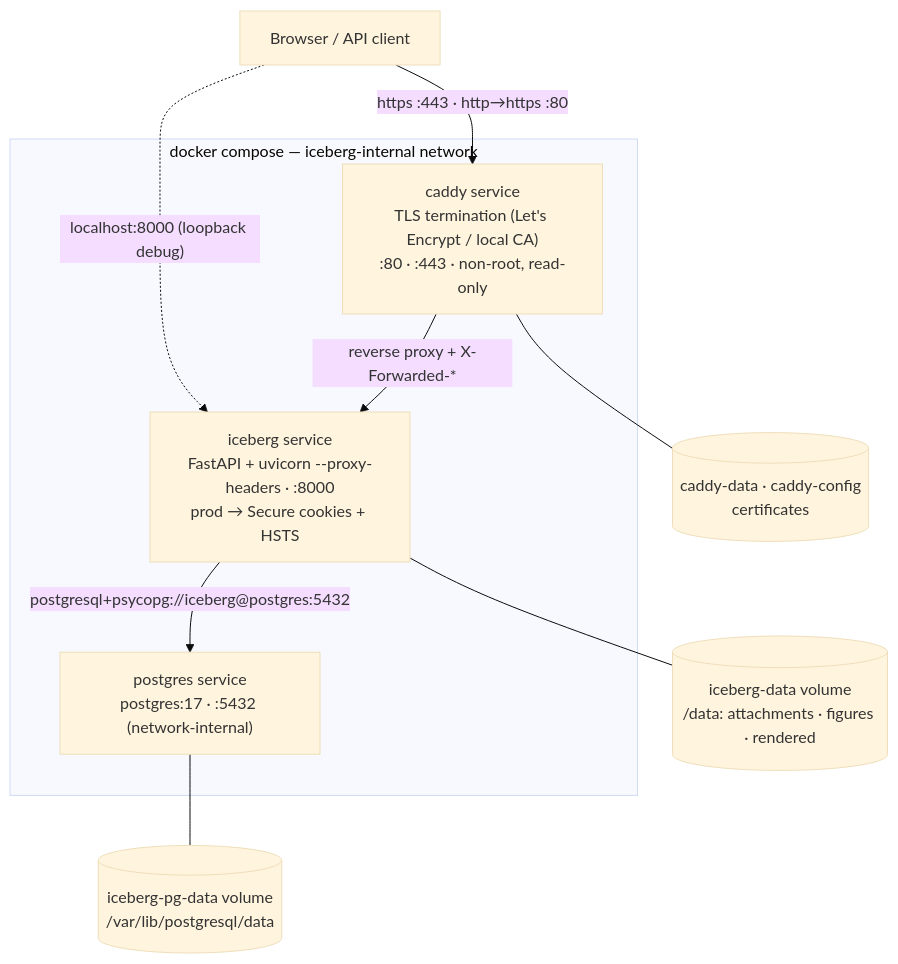
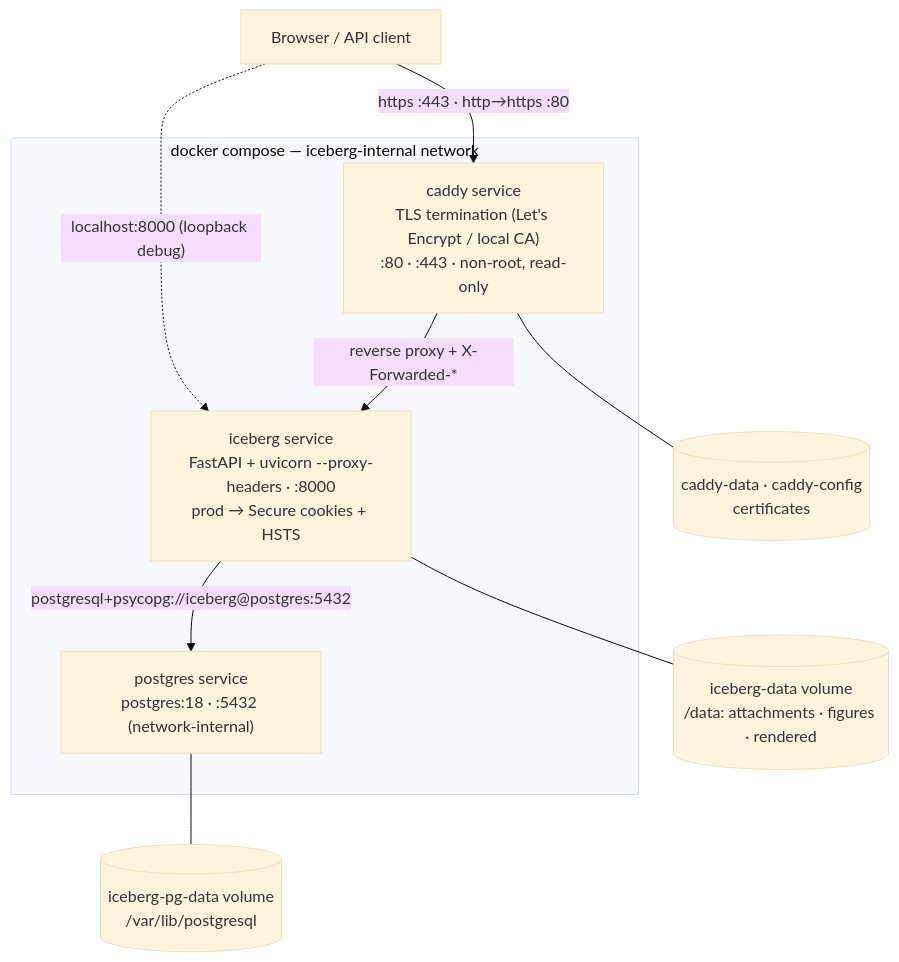
Before and after one commit to IcebergAI/IcebergCTI: the third of 4 diagrams in README.md, drawn with Mermaid (base theme). The commit also changed 6 other files, not shown here.

````diff
--- a/README.md
+++ b/README.md
@@ -697,17 +697,17 @@
 ```mermaid
 flowchart TB
   Client["Browser / API client"] -->|"https :443 · http→https :80"| Caddy
   Client -.->|"localhost:8000 (loopback debug)"| App
 
   subgraph net["docker compose — iceberg-internal network"]
     Caddy["caddy service<br/>TLS termination (Let's Encrypt / local CA)<br/>:80 · :443 · non-root, read-only"]
     App["iceberg service<br/>FastAPI + uvicorn --proxy-headers · :8000<br/>prod → Secure cookies + HSTS"]
-    PG["postgres service<br/>postgres:17 · :5432 (network-internal)"]
+    PG["postgres service<br/>postgres:18 · :5432 (network-internal)"]
     Caddy -->|"reverse proxy + X-Forwarded-*"| App
     App -->|"postgresql+psycopg://iceberg@postgres:5432"| PG
   end
 
   Caddy --- CV[("caddy-data · caddy-config<br/>certificates")]
   App --- V1[("iceberg-data volume<br/>/data: attachments · figures · rendered")]
-  PG --- V2[("iceberg-pg-data volume<br/>/var/lib/postgresql/data")]
+  PG --- V2[("iceberg-pg-data volume<br/>/var/lib/postgresql")]
 ```
````
